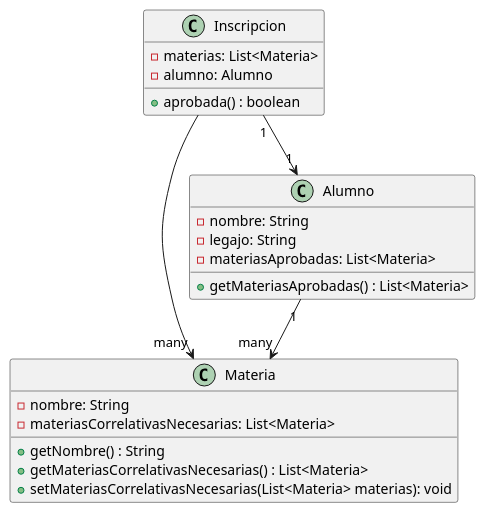
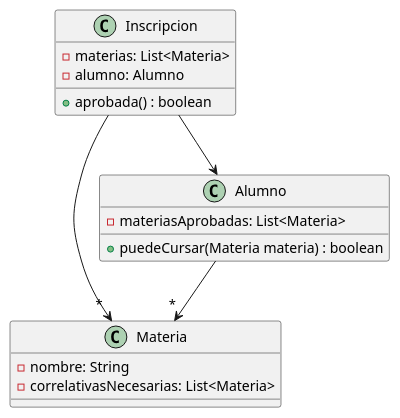
The diagram in src/diagramaClases.puml (JuanMolinaa02/Validador-de-Correlatividades), drawn with PlantUML before and after one commit. The commit also changed 17 other files, not shown here.

Commit message:
Subo funcionalidad del modulo completo, tests y diagrama de clases modificado

```diff
--- a/src/diagramaClases.puml
+++ b/src/diagramaClases.puml
@@ -1,35 +1,25 @@
 @startuml
 
 class Inscripcion{
-
     - materias: List<Materia>
     - alumno: Alumno
 
     + aprobada() : boolean
-
 }
 
 class Materia{
-
     - nombre: String
-    - materiasCorrelativasNecesarias: List<Materia>
-
-    + getNombre() : String
-    + getMateriasCorrelativasNecesarias() : List<Materia>
-    + setMateriasCorrelativasNecesarias(List<Materia> materias): void
+    - correlativasNecesarias: List<Materia>
 }
 
 class Alumno{
-    - nombre: String
-    - legajo: String
     - materiasAprobadas: List<Materia>
 
-    + getMateriasAprobadas() : List<Materia>
-
+    + puedeCursar(Materia materia) : boolean
 }
 
-Alumno "1" --> "many" Materia
-Inscripcion "1" --> "1" Alumno
-Inscripcion --> "many" Materia
+Alumno --> " * " Materia
+Inscripcion --> Alumno
+Inscripcion --> " * " Materia
 
 @enduml
```
